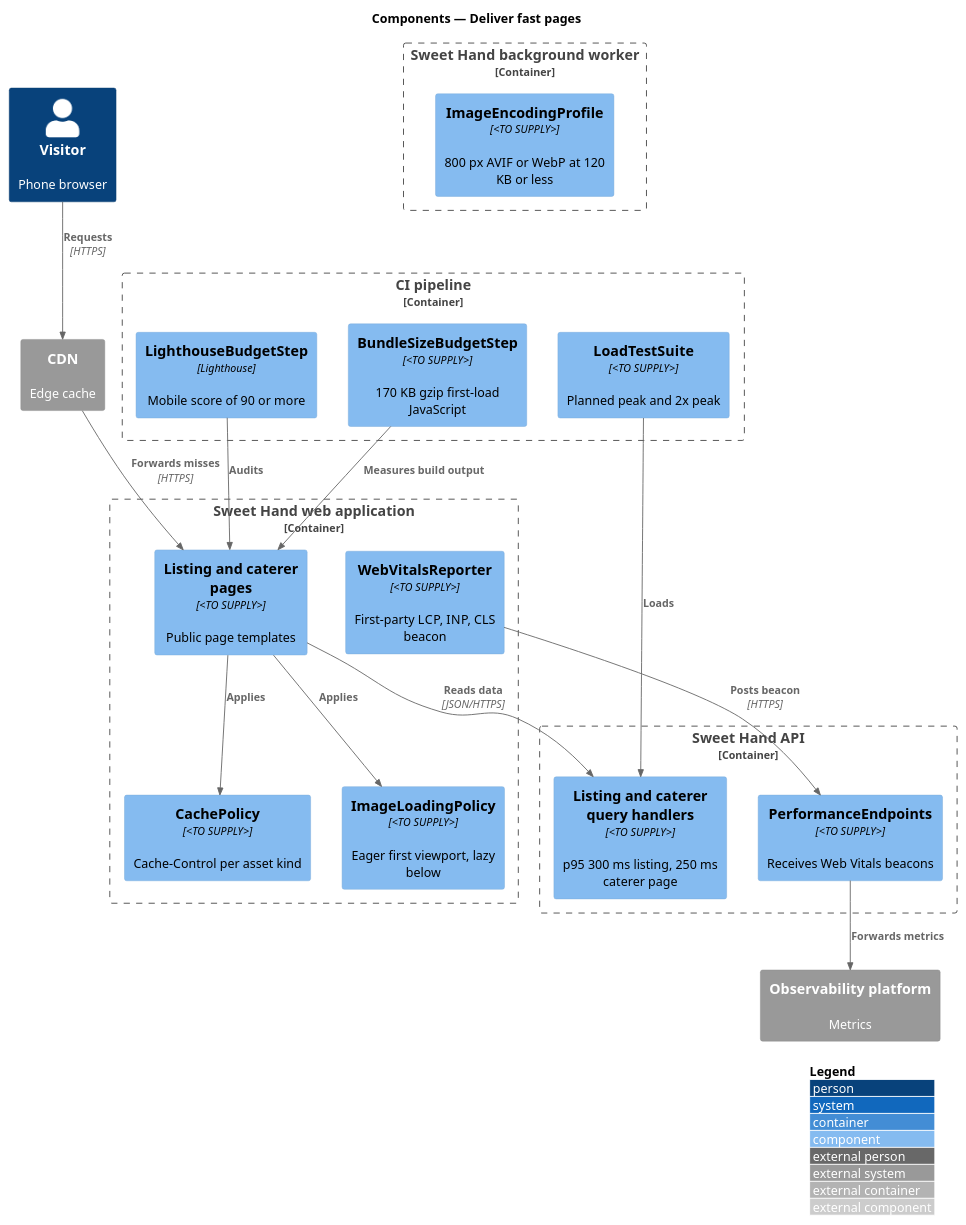
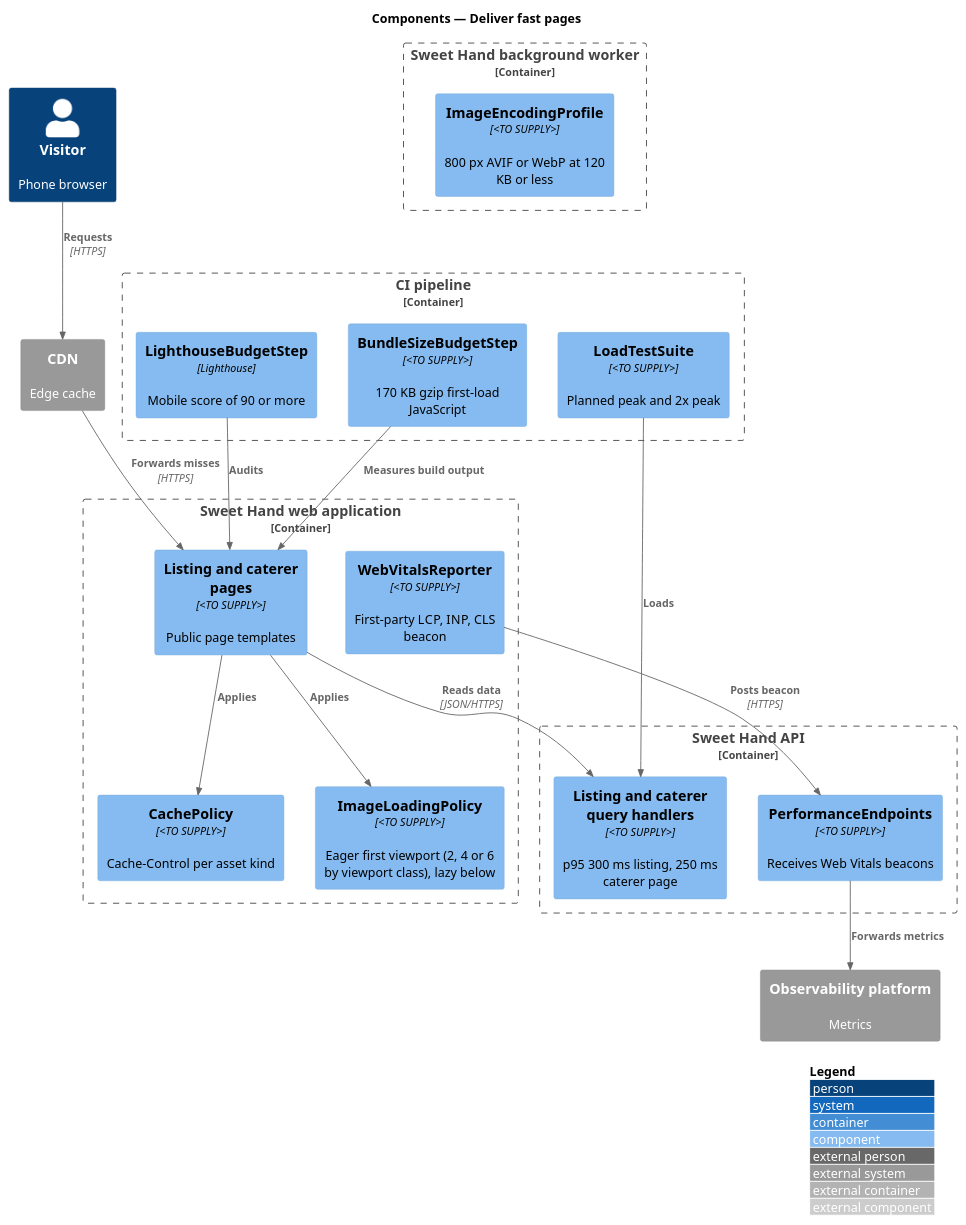
One commit to QuinntyneBrown/sweet-hand changed the diagram in docs/detailed-designs/platform/deliver-fast-pages/diagrams/c4-component.puml. Above: the diagram before and after it, drawn with PlantUML. The commit also changed 58 other files, not shown here.

```diff
--- a/docs/detailed-designs/platform/deliver-fast-pages/diagrams/c4-component.puml
+++ b/docs/detailed-designs/platform/deliver-fast-pages/diagrams/c4-component.puml
@@ -1,38 +1,38 @@
 @startuml
 !include <C4/C4_Component>
 LAYOUT_WITH_LEGEND()
 title Components — Deliver fast pages
 
 Person(visitor, "Visitor", "Phone browser")
 System_Ext(cdn, "CDN", "Edge cache")
 System_Ext(obs, "Observability platform", "Metrics")
 Container_Boundary(web, "Sweet Hand web application") {
   Component(pages, "Listing and caterer pages", "<TO SUPPLY>", "Public page templates")
   Component(cache, "CachePolicy", "<TO SUPPLY>", "Cache-Control per asset kind")
-  Component(imgs, "ImageLoadingPolicy", "<TO SUPPLY>", "Eager first viewport, lazy below")
+  Component(imgs, "ImageLoadingPolicy", "<TO SUPPLY>", "Eager first viewport (2, 4 or 6 by viewport class), lazy below")
   Component(vitals, "WebVitalsReporter", "<TO SUPPLY>", "First-party LCP, INP, CLS beacon")
 }
 Container_Boundary(api, "Sweet Hand API") {
   Component(perf, "PerformanceEndpoints", "<TO SUPPLY>", "Receives Web Vitals beacons")
   Component(read, "Listing and caterer query handlers", "<TO SUPPLY>", "p95 300 ms listing, 250 ms caterer page")
 }
 Container_Boundary(worker, "Sweet Hand background worker") {
   Component(encode, "ImageEncodingProfile", "<TO SUPPLY>", "800 px AVIF or WebP at 120 KB or less")
 }
 Container_Boundary(ci, "CI pipeline") {
   Component(lh, "LighthouseBudgetStep", "Lighthouse", "Mobile score of 90 or more")
   Component(bundle, "BundleSizeBudgetStep", "<TO SUPPLY>", "170 KB gzip first-load JavaScript")
   Component(load, "LoadTestSuite", "<TO SUPPLY>", "Planned peak and 2x peak")
 }
 
 Rel(visitor, cdn, "Requests", "HTTPS")
 Rel(cdn, pages, "Forwards misses", "HTTPS")
 Rel(pages, cache, "Applies")
 Rel(pages, imgs, "Applies")
 Rel(pages, read, "Reads data", "JSON/HTTPS")
 Rel(vitals, perf, "Posts beacon", "HTTPS")
 Rel(perf, obs, "Forwards metrics")
 Rel(lh, pages, "Audits")
 Rel(bundle, pages, "Measures build output")
 Rel(load, read, "Loads")
 @enduml
```
